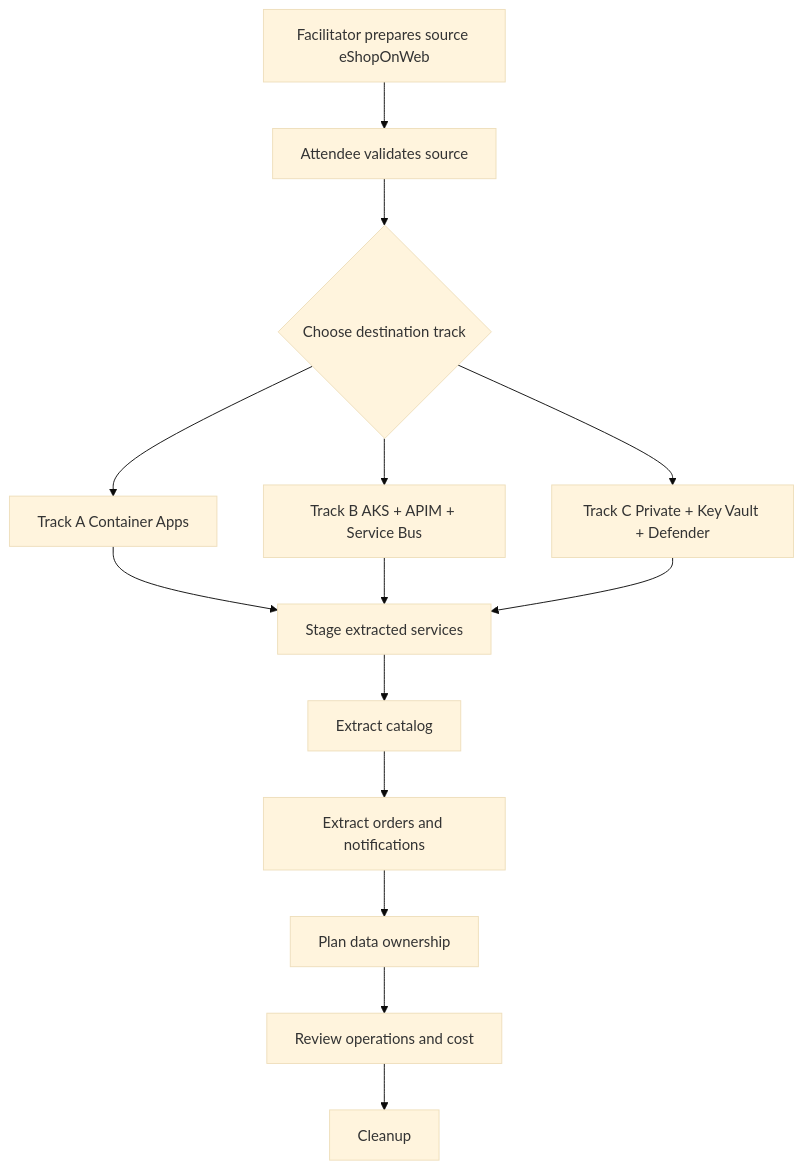
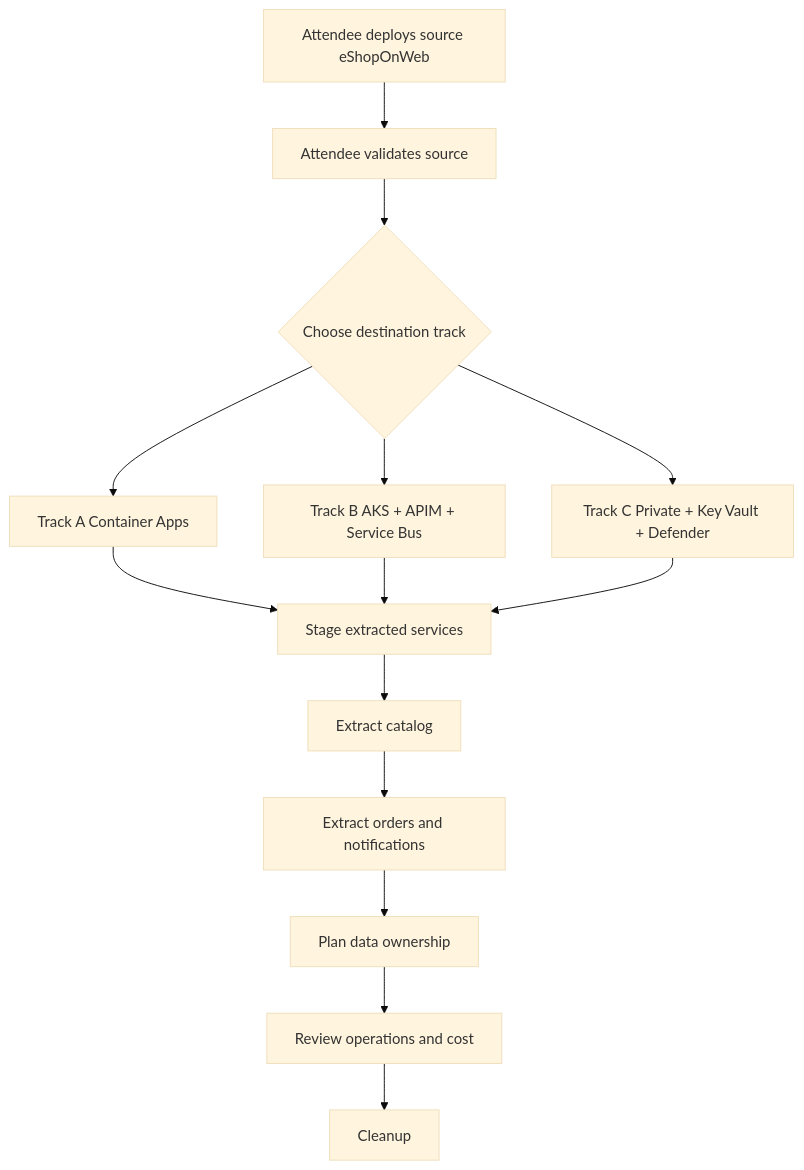
Before and after one commit to marinfrankovic/azure-application-modernization-workshop: the diagram in media/workshop-flow.md, drawn with Mermaid (base theme). The commit also changed 23 other files, not shown here.

Commit message:
feat: add self-service workshop deployment flow

````diff
--- a/media/workshop-flow.md
+++ b/media/workshop-flow.md
@@ -3,16 +3,16 @@
 ```mermaid
 flowchart TD
-    A[Facilitator prepares source eShopOnWeb] --> B[Attendee validates source]
+    A[Attendee deploys source eShopOnWeb] --> B[Attendee validates source]
     B --> C{Choose destination track}
     C --> D[Track A Container Apps]
     C --> E[Track B AKS + APIM + Service Bus]
     C --> F[Track C Private + Key Vault + Defender]
     D --> G[Stage extracted services]
     E --> G
     F --> G
     G --> H[Extract catalog]
     H --> I[Extract orders and notifications]
     I --> J[Plan data ownership]
     J --> K[Review operations and cost]
     K --> L[Cleanup]
 ```
````
